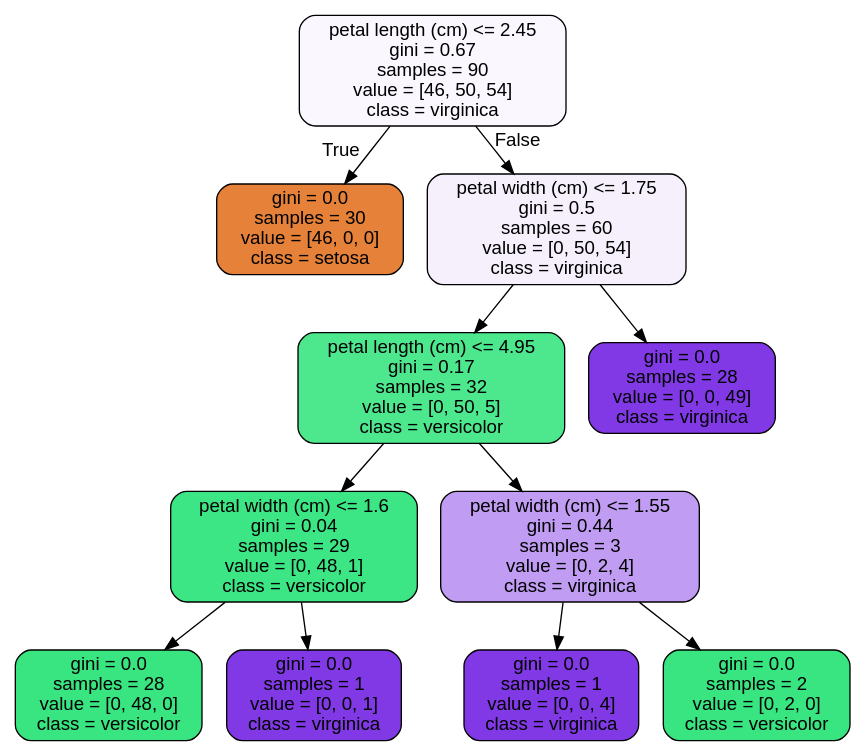
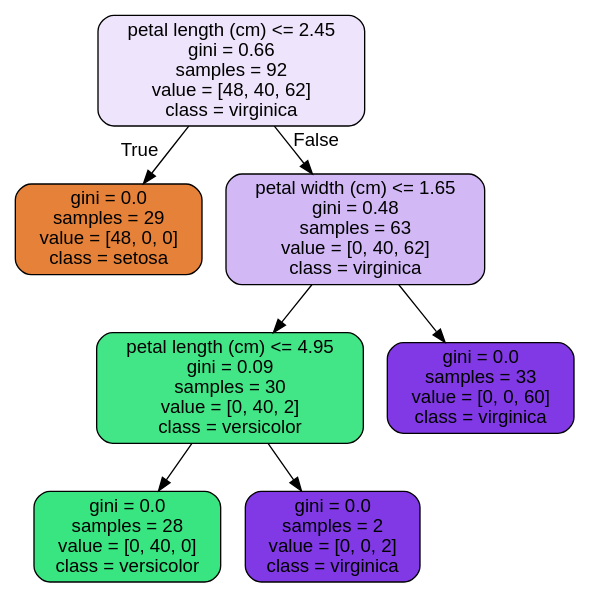
The diagram in tree.dot (amoutafian/random_forest_case_study), drawn with Graphviz before and after one commit. The commit also changed 2 other files, not shown here.

```diff
--- a/tree.dot
+++ b/tree.dot
@@ -1,25 +1,17 @@
 digraph Tree {
 node [shape=box, style="filled, rounded", color="black", fontname="helvetica"] ;
 edge [fontname="helvetica"] ;
-0 [label="petal length (cm) <= 2.45\ngini = 0.67\nsamples = 90\nvalue = [46, 50, 54]\nclass = virginica", fillcolor="#faf7fe"] ;
-1 [label="gini = 0.0\nsamples = 30\nvalue = [46, 0, 0]\nclass = setosa", fillcolor="#e58139"] ;
+0 [label="petal length (cm) <= 2.45\ngini = 0.66\nsamples = 92\nvalue = [48, 40, 62]\nclass = virginica", fillcolor="#eee4fb"] ;
+1 [label="gini = 0.0\nsamples = 29\nvalue = [48, 0, 0]\nclass = setosa", fillcolor="#e58139"] ;
 0 -> 1 [labeldistance=2.5, labelangle=45, headlabel="True"] ;
-2 [label="petal width (cm) <= 1.75\ngini = 0.5\nsamples = 60\nvalue = [0, 50, 54]\nclass = virginica", fillcolor="#f6f0fd"] ;
+2 [label="petal width (cm) <= 1.65\ngini = 0.48\nsamples = 63\nvalue = [0, 40, 62]\nclass = virginica", fillcolor="#d2b9f6"] ;
 0 -> 2 [labeldistance=2.5, labelangle=-45, headlabel="False"] ;
-3 [label="petal length (cm) <= 4.95\ngini = 0.17\nsamples = 32\nvalue = [0, 50, 5]\nclass = versicolor", fillcolor="#4de88e"] ;
+3 [label="petal length (cm) <= 4.95\ngini = 0.09\nsamples = 30\nvalue = [0, 40, 2]\nclass = versicolor", fillcolor="#43e687"] ;
 2 -> 3 ;
-4 [label="petal width (cm) <= 1.6\ngini = 0.04\nsamples = 29\nvalue = [0, 48, 1]\nclass = versicolor", fillcolor="#3de684"] ;
+4 [label="gini = 0.0\nsamples = 28\nvalue = [0, 40, 0]\nclass = versicolor", fillcolor="#39e581"] ;
 3 -> 4 ;
-5 [label="gini = 0.0\nsamples = 28\nvalue = [0, 48, 0]\nclass = versicolor", fillcolor="#39e581"] ;
-4 -> 5 ;
-6 [label="gini = 0.0\nsamples = 1\nvalue = [0, 0, 1]\nclass = virginica", fillcolor="#8139e5"] ;
-4 -> 6 ;
-7 [label="petal width (cm) <= 1.55\ngini = 0.44\nsamples = 3\nvalue = [0, 2, 4]\nclass = virginica", fillcolor="#c09cf2"] ;
-3 -> 7 ;
-8 [label="gini = 0.0\nsamples = 1\nvalue = [0, 0, 4]\nclass = virginica", fillcolor="#8139e5"] ;
-7 -> 8 ;
-9 [label="gini = 0.0\nsamples = 2\nvalue = [0, 2, 0]\nclass = versicolor", fillcolor="#39e581"] ;
-7 -> 9 ;
-10 [label="gini = 0.0\nsamples = 28\nvalue = [0, 0, 49]\nclass = virginica", fillcolor="#8139e5"] ;
-2 -> 10 ;
+5 [label="gini = 0.0\nsamples = 2\nvalue = [0, 0, 2]\nclass = virginica", fillcolor="#8139e5"] ;
+3 -> 5 ;
+6 [label="gini = 0.0\nsamples = 33\nvalue = [0, 0, 60]\nclass = virginica", fillcolor="#8139e5"] ;
+2 -> 6 ;
 }
```
